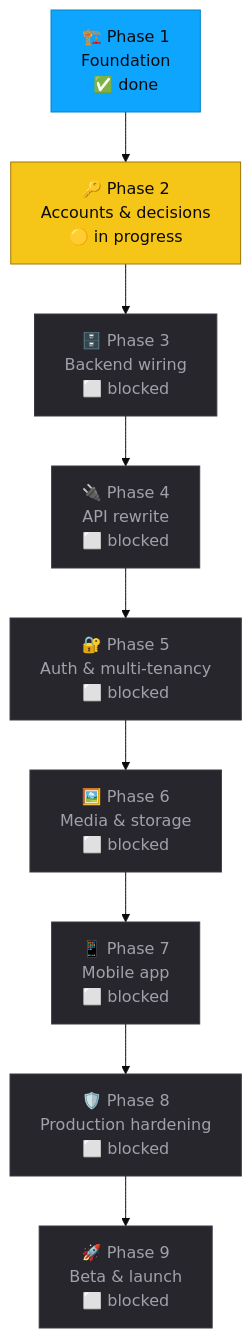
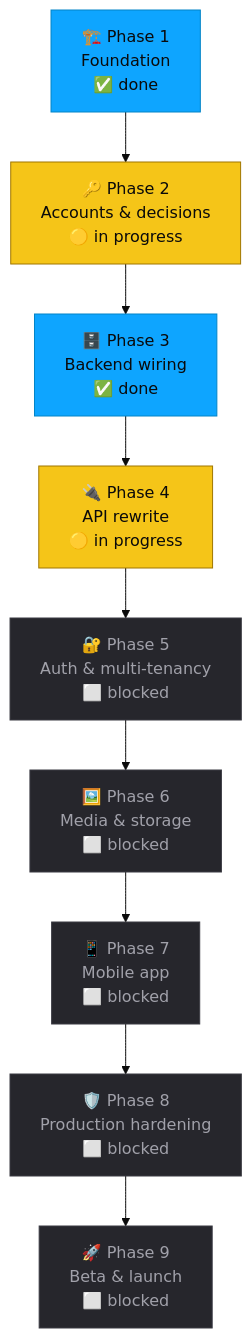
One commit to akcuhmoris/lifestyleprogramtracker changed the diagram in plan/08-roadmap.md. Above: the diagram before and after it, drawn with Mermaid (base theme). The commit also changed other lines of this file and 66 other files, not shown here.

````diff
--- a/plan/08-roadmap.md
+++ b/plan/08-roadmap.md
@@ -24,21 +24,21 @@
 ```mermaid
 flowchart TD
     P1["🏗️ Phase 1<br/>Foundation<br/>✅ done"]
     P2["🔑 Phase 2<br/>Accounts &amp; decisions<br/>🟡 in progress"]
-    P3["🗄️ Phase 3<br/>Backend wiring<br/>⬜ blocked"]
-    P4["🔌 Phase 4<br/>API rewrite<br/>⬜ blocked"]
+    P3["🗄️ Phase 3<br/>Backend wiring<br/>✅ done"]
+    P4["🔌 Phase 4<br/>API rewrite<br/>🟡 in progress"]
     P5["🔐 Phase 5<br/>Auth &amp; multi-tenancy<br/>⬜ blocked"]
     P6["🖼️ Phase 6<br/>Media &amp; storage<br/>⬜ blocked"]
     P7["📱 Phase 7<br/>Mobile app<br/>⬜ blocked"]
     P8["🛡️ Phase 8<br/>Production hardening<br/>⬜ blocked"]
     P9["🚀 Phase 9<br/>Beta &amp; launch<br/>⬜ blocked"]
 
     P1 --> P2 --> P3 --> P4 --> P5 --> P6 --> P7 --> P8 --> P9
 
     classDef done fill:#0EA5FF,stroke:#0284C7,color:#0A0A0B
     classDef wip fill:#F5C518,stroke:#A07700,color:#0A0A0B
     classDef todo fill:#26262C,stroke:#3a3a42,color:#A1A1AA
-    class P1 done
-    class P2 wip
-    class P3,P4,P5,P6,P7,P8,P9 todo
+    class P1,P3 done
+    class P2,P4 wip
+    class P5,P6,P7,P8,P9 todo
 ```
````
